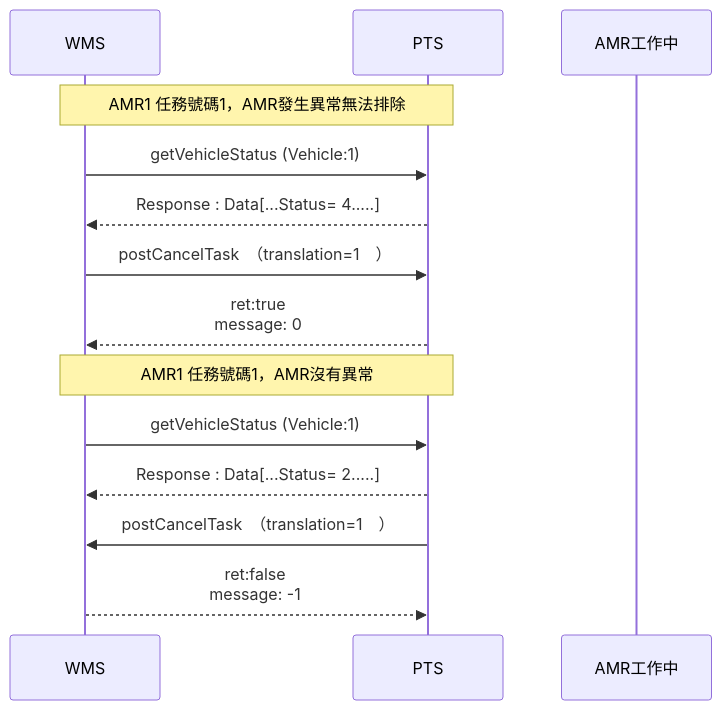
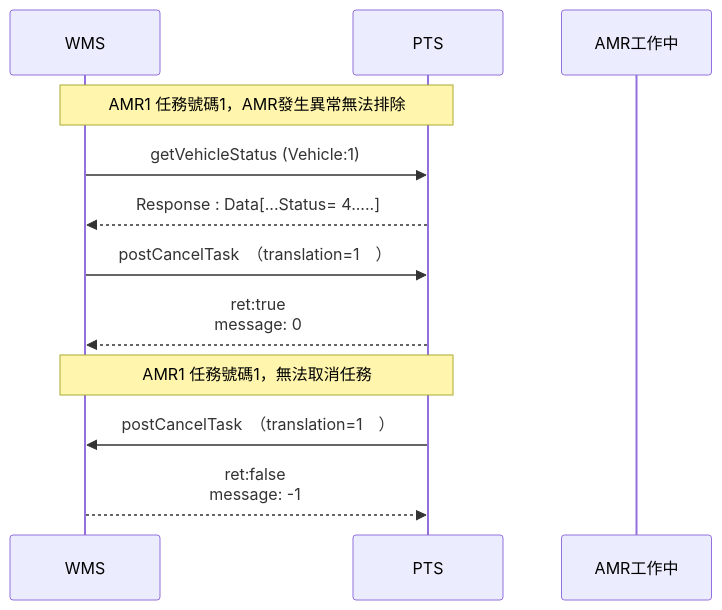
Before and after one commit to athena-tircgo/amr-wms-lsj: the eighth of 10 diagrams in README.md, drawn with Mermaid. The commit also changed other lines of this file, not shown here.

````diff
--- a/README.md
+++ b/README.md
@@ -427,22 +427,19 @@
 ```mermaid
 sequenceDiagram
     participant WMS
     participant PTS
     participant AMR工作中
     
 
 
 note over PTS,WMS: AMR1 任務號碼1，AMR發生異常無法排除
 　　　WMS->>PTS:getVehicleStatus (Vehicle:1)
      PTS-->>WMS : Response : Data[...Status= 4.....]
 
      WMS->>PTS: postCancelTask　（translation=1　）
      PTS-->>WMS : ret:true  <br> message: 0
 
-note over PTS,WMS: AMR1 任務號碼1，AMR沒有異常
-     WMS->>PTS:getVehicleStatus (Vehicle:1)
-　　　PTS-->>WMS: Response :  Data[...Status= 2.....]
-
+note over PTS,WMS: AMR1 任務號碼1，無法取消任務
 　　　PTS->>WMS: postCancelTask　（translation=1　）
      WMS-->>PTS: ret:false  <br> message: -1
 ```
````
